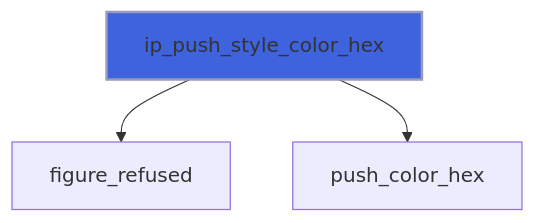
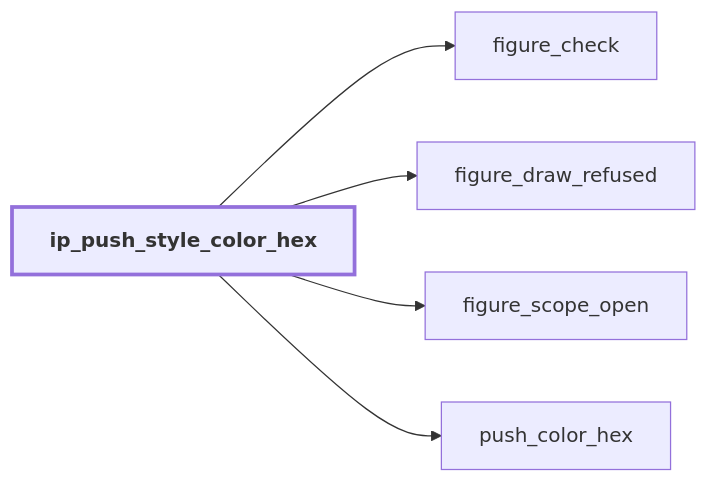
Diagram 14 of 44 in docs/api/src/lib/figure_style.md (szaghi/figure), drawn with Mermaid before and after one commit. The commit also changed other lines of this file and 54 other files, not shown here.

````diff
--- a/docs/api/src/lib/figure_style.md
+++ b/docs/api/src/lib/figure_style.md
@@ -508,6 +592,13 @@
 ```mermaid
-flowchart TD
-  ip_push_style_color_hex["ip_push_style_color_hex"] --> figure_refused["figure_refused"]
+flowchart LR
+  ip_push_style_color_hex["ip_push_style_color_hex"] --> figure_check["figure_check"]
+  ip_push_style_color_hex["ip_push_style_color_hex"] --> figure_draw_refused["figure_draw_refused"]
+  ip_push_style_color_hex["ip_push_style_color_hex"] --> figure_scope_open["figure_scope_open"]
   ip_push_style_color_hex["ip_push_style_color_hex"] --> push_color_hex["push_color_hex"]
-  style ip_push_style_color_hex fill:#3e63dd,stroke:#99b,stroke-width:2px
+  classDef focus stroke-width:3px,font-weight:bold
+  class ip_push_style_color_hex focus
+  click figure_draw_refused href "figure_base.html#figure-draw-refused" "figure_draw_refused"
+  click push_color_hex href "#push-color-hex" "push_color_hex"
+  click figure_scope_open href "figure_base.html#figure-scope-open" "figure_scope_open"
+  click figure_check href "figure_base.html#figure-check" "figure_check"
 ```
````
